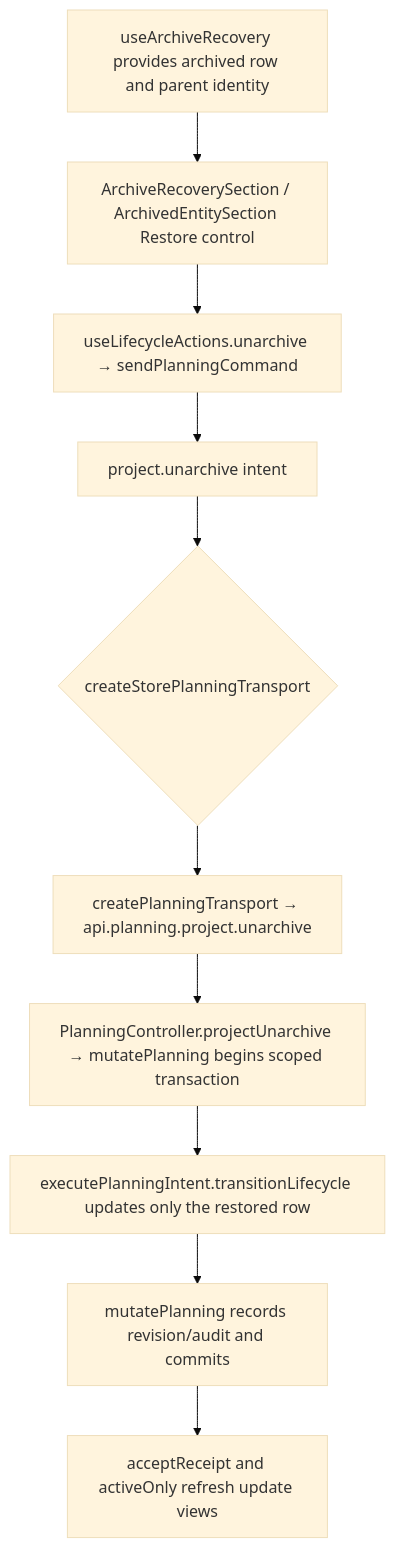
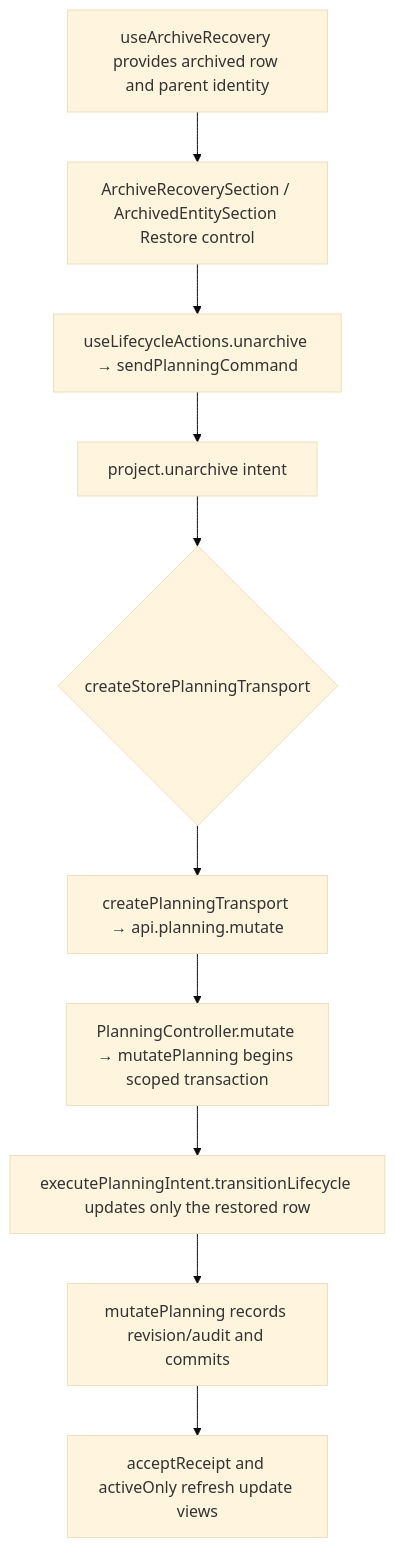
Before and after one commit to Kevinjohn/capacitylens: the second of 2 diagrams in user-stories/projects/US-PRJ-06-restore-project.md, drawn with Mermaid (base theme). The commit also changed 115 other files, not shown here.

````diff
--- a/user-stories/projects/US-PRJ-06-restore-project.md
+++ b/user-stories/projects/US-PRJ-06-restore-project.md
@@ -26,8 +26,8 @@
 ```mermaid
 flowchart TD
   A["useArchiveRecovery provides archived row and parent identity"] --> B["ArchiveRecoverySection / ArchivedEntitySection Restore control"]
   B --> C["useLifecycleActions.unarchive → sendPlanningCommand"] --> D["project.unarchive intent"]
   D --> E{"createStorePlanningTransport"}
-  E --> F["createPlanningTransport → api.planning.project.unarchive"] --> G["PlanningController.projectUnarchive → mutatePlanning begins scoped transaction"]
+  E --> F["createPlanningTransport → api.planning.mutate"] --> G["PlanningController.mutate → mutatePlanning begins scoped transaction"]
   G --> H["executePlanningIntent.transitionLifecycle updates only the restored row"] --> K["mutatePlanning records revision/audit and commits"] --> J["acceptReceipt and activeOnly refresh update views"]
 ```
````
